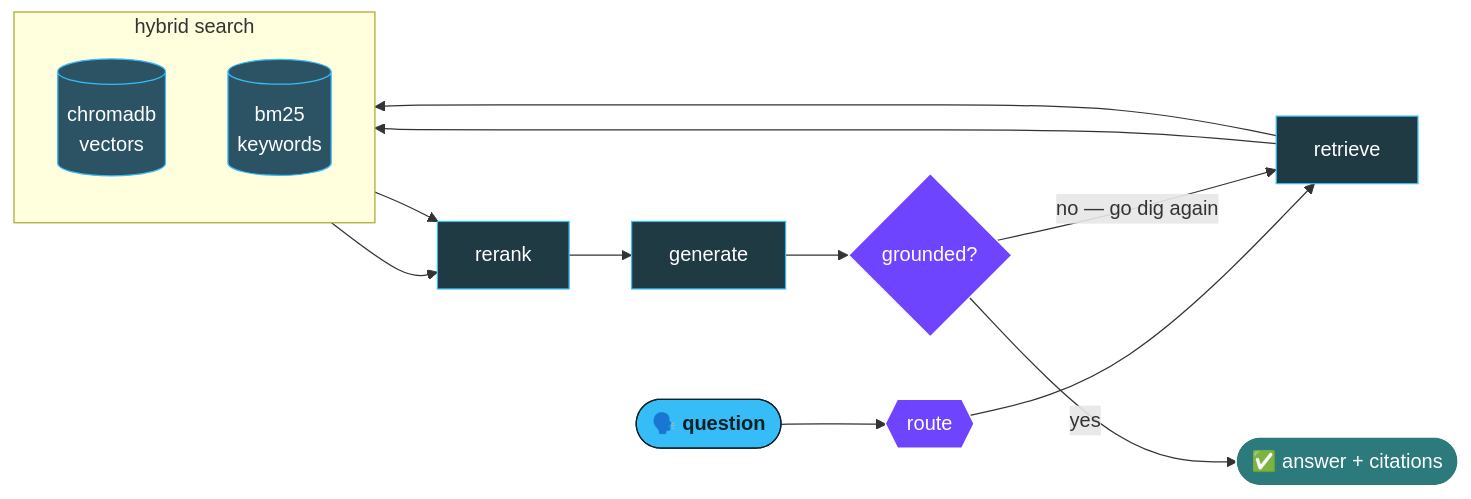
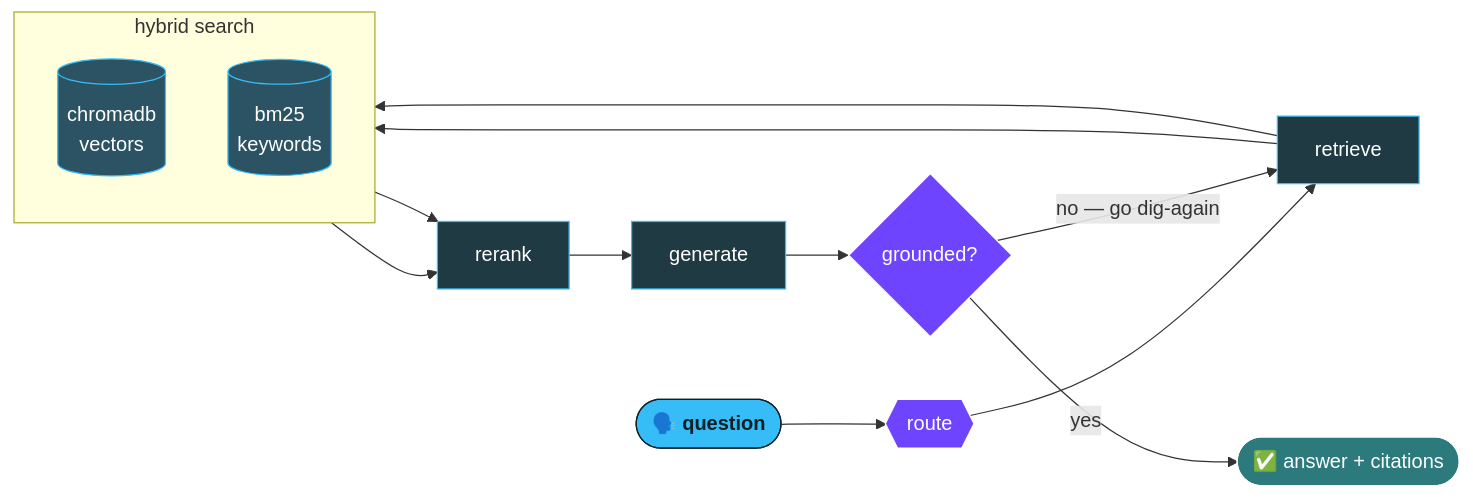
Before and after one commit to Abhishekhack2909/Abhishekhack2909: the diagram in README.md, drawn with Mermaid.

Commit message:
Fix typo in README.md for dig again message

````diff
--- a/README.md
+++ b/README.md
@@ -49,35 +49,35 @@
 ```mermaid
 flowchart LR
     Q(["🗣️ question"]) --> ROUTE{{"route"}}
 
     ROUTE --> RET["retrieve"]
 
     subgraph HYBRID ["hybrid search"]
         direction TB
         CH[("chromadb<br/>vectors")]
         BM[("bm25<br/>keywords")]
     end
 
     RET --> CH
     RET --> BM
     CH --> RR["rerank"]
     BM --> RR
 
     RR --> GEN["generate"]
     GEN --> CHK{"grounded?"}
 
-    CHK -->|"no — go dig again"| RET
+    CHK -->|"no — go dig-again"| RET
     CHK -->|"yes"| OUT(["✅ answer + citations"])
 
     classDef q fill:#36BCF7,stroke:#0F2027,color:#0F2027,font-weight:bold
     classDef work fill:#203A43,stroke:#36BCF7,color:#ffffff
     classDef store fill:#2C5364,stroke:#36BCF7,color:#ffffff
     classDef gate fill:#6E44FF,stroke:#ffffff,color:#ffffff
     classDef good fill:#2C7A7B,stroke:#ffffff,color:#ffffff
 
     class Q q
     class RET,RR,GEN work
     class CH,BM store
     class ROUTE,CHK gate
     class OUT good
 ```
````
